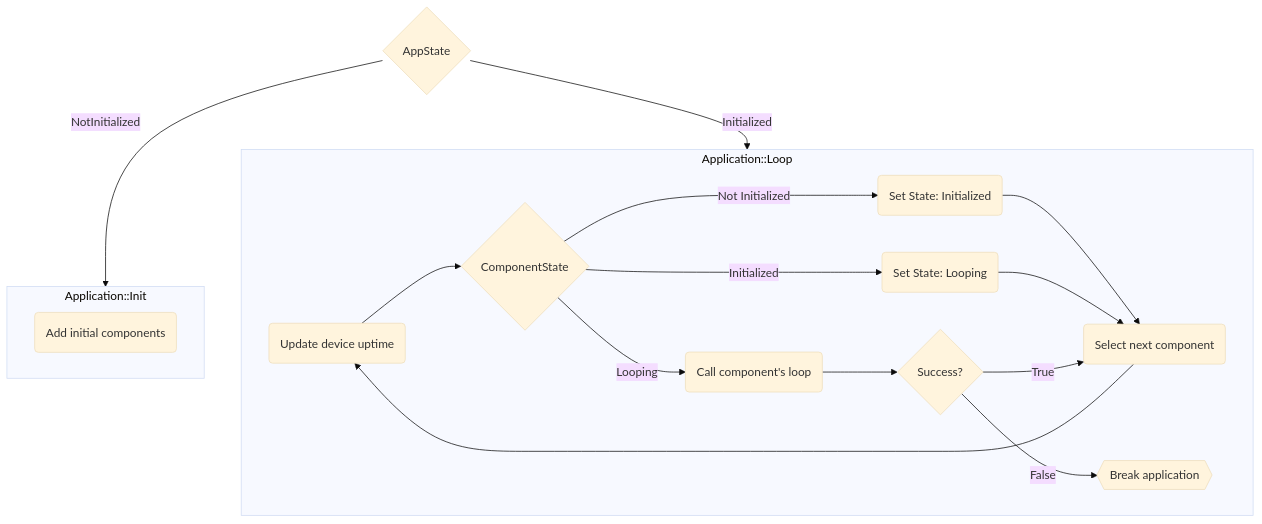
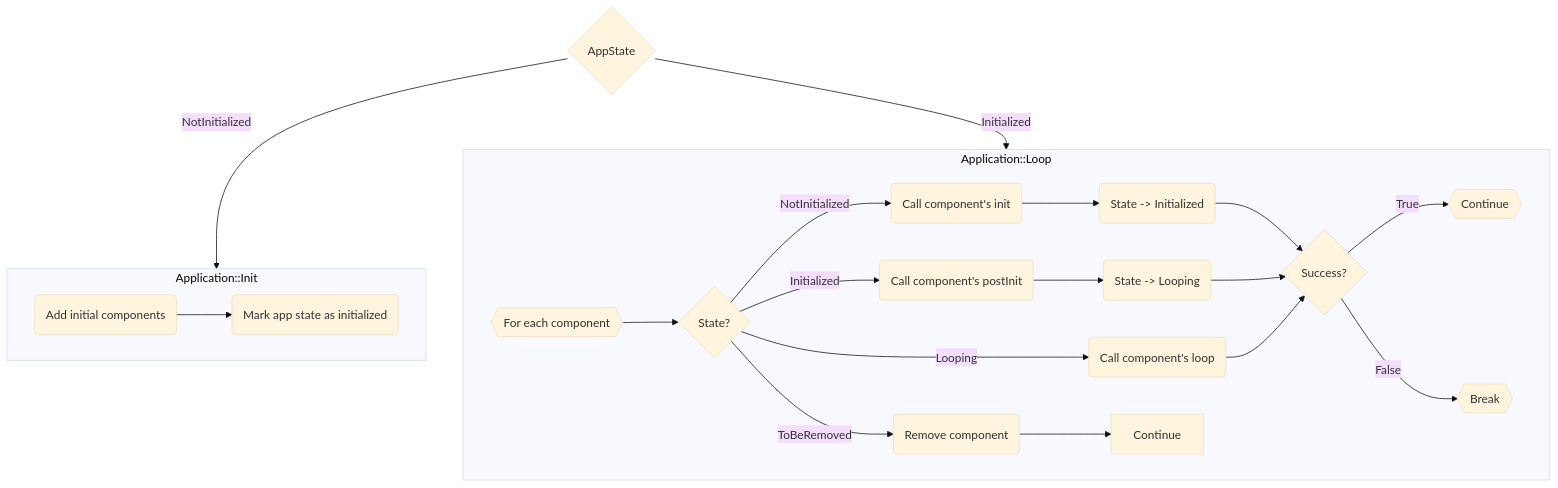
One commit to cziter15/ksIotFrameworkLib changed the diagram in README.md. Above: the diagram before and after it, drawn with Mermaid (base theme).

````diff
--- a/README.md
+++ b/README.md
@@ -16,25 +16,30 @@
 ```mermaid
 flowchart TD
     AppState{AppState}
     AppState --> |NotInitialized| Application::Init
     AppState --> |Initialized| Application::Loop
 
     subgraph Application::Init
-        A(Add initial components)
+        A(Add initial components) -->
+	B(Mark app state as initialized)
     end
    
     subgraph Application::Loop
-        A0(Update device uptime) -->  CCS{ComponentState}
+        Loop{{For each component}} --> CCS{State?}
 
-        CCS --> |Not Initialized|SS1(Set State: Initialized) --> CIT
-        CCS --> |Initialized|SS2(Set State: Looping) --> CIT
+        CCS --> |Looping|LP1(Call component's loop)
+        CCS --> |NotInitialized|LP2(Call component's init)
+        CCS --> |Initialized|LP3(Call component's postInit)
+        CCS --> |ToBeRemoved|LP4(Remove component)
 
-        CCS --> |Looping|LP(Call component's loop)
+	LP2 --> SCS2(State -> Initialized) --> DF
+	LP3 --> SCS3(State -> Looping) --> DF
+	LP1 --> DF
 
-        LP --> DF{Success?}
-        DF --> |True|CIT
-        DF --> |False|X{{Break application}}
+        DF{Success?}
+        DF --> |True|X0{{Continue}}
+        DF --> |False|X1{{Break}}
 
-        CIT(Select next component) --> A0
+	LP4 --> Continue
     end
 ```
````
